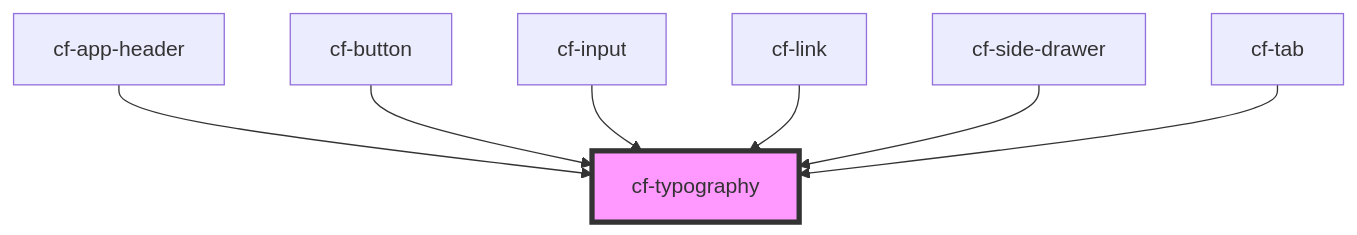
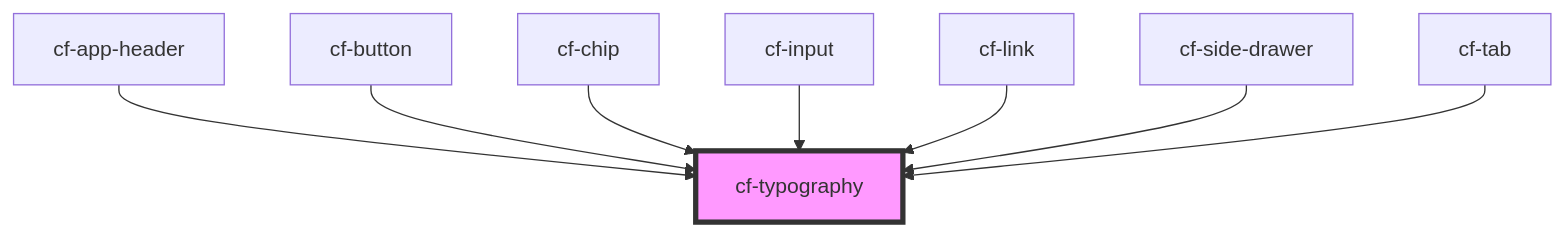
The diagram in src/components/cf-typography/readme.md (DriLLFreAK100/codefee-component), drawn with Mermaid before and after one commit. The commit also changed other lines of this file and 7 other files, not shown here.

````diff
--- a/src/components/cf-typography/readme.md
+++ b/src/components/cf-typography/readme.md
@@ -28,10 +29,11 @@
 ```mermaid
 graph TD;
   cf-app-header --> cf-typography
   cf-button --> cf-typography
+  cf-chip --> cf-typography
   cf-input --> cf-typography
   cf-link --> cf-typography
   cf-side-drawer --> cf-typography
   cf-tab --> cf-typography
   style cf-typography fill:#f9f,stroke:#333,stroke-width:4px
 ```
````
